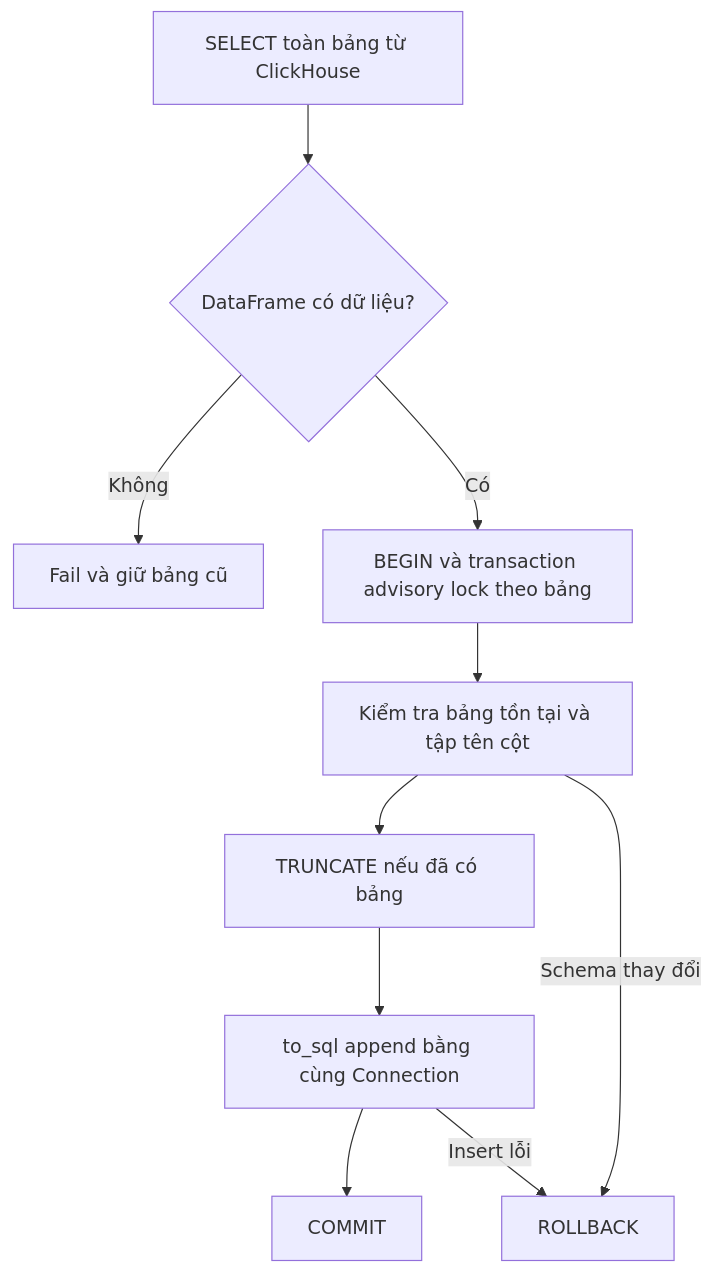
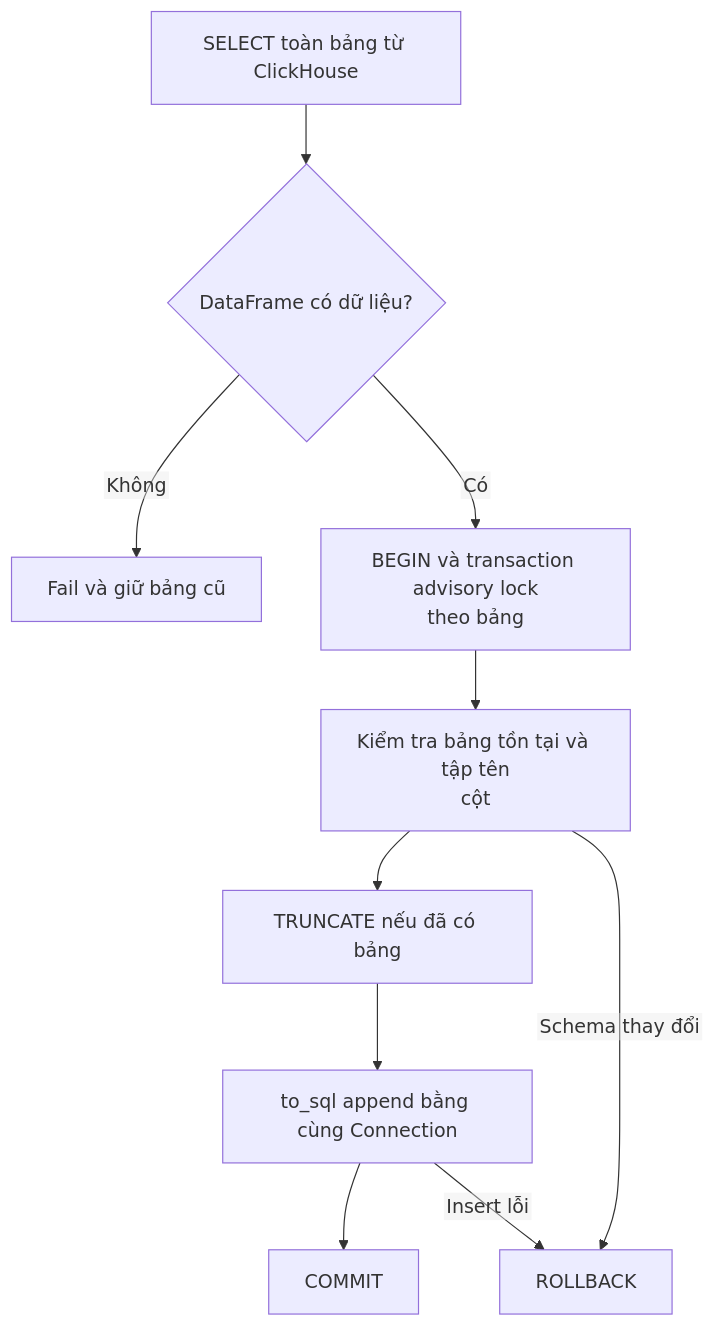
The second of 7 diagrams in docs/architecture/data_flow.md (PhucTruong11/laplaptech_pipeline), drawn with Mermaid before and after one commit. The commit also changed other lines of this file and 60 other files, not shown here.

````diff
--- a/docs/architecture/data_flow.md
+++ b/docs/architecture/data_flow.md
@@ -80,12 +59,13 @@
 ```mermaid
+%%{init: {"flowchart": {"htmlLabels": false}}}%%
 flowchart TD
     E["SELECT toàn bảng từ ClickHouse"] --> V{"DataFrame có dữ liệu?"}
     V -->|"Không"| REJECT["Fail và giữ bảng cũ"]
-    V -->|"Có"| TX["BEGIN và transaction advisory lock theo bảng"]
-    TX --> CHECK["Kiểm tra bảng tồn tại và tập tên cột"]
+    V -->|"Có"| TX["BEGIN và transaction advisory lock<br/>theo bảng"]
+    TX --> CHECK["Kiểm tra bảng tồn tại và tập tên<br/>cột"]
     CHECK --> TR["TRUNCATE nếu đã có bảng"]
     TR --> W["to_sql append bằng cùng Connection"]
     W --> C["COMMIT"]
     CHECK -->|"Schema thay đổi"| RB["ROLLBACK"]
     W -->|"Insert lỗi"| RB
 ```
````
